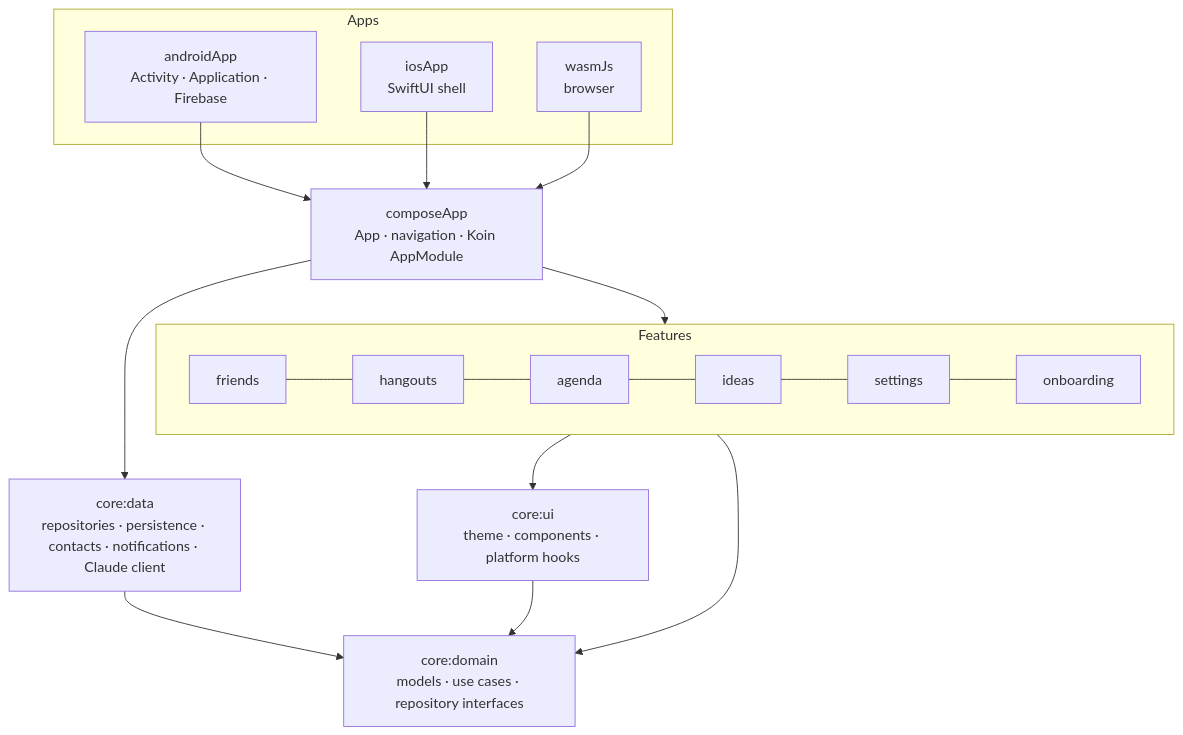
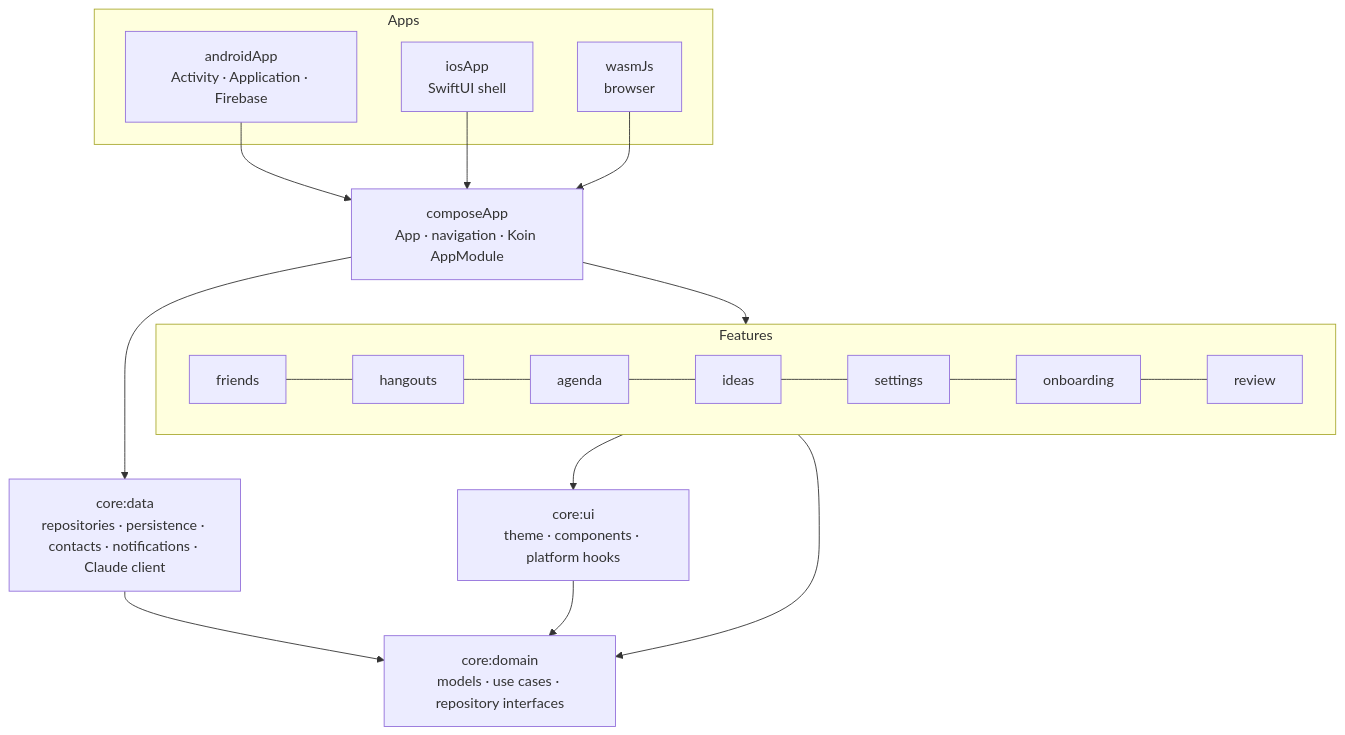
The diagram in README.md (neteinstein/Good-Company), drawn with Mermaid before and after one commit. The commit also changed other lines of this file and 56 other files, not shown here.

````diff
--- a/README.md
+++ b/README.md
@@ -149,24 +172,24 @@
 ```mermaid
 flowchart TB
   subgraph Apps
     A[androidApp<br/>Activity · Application · Firebase]
     I[iosApp<br/>SwiftUI shell]
     W[wasmJs<br/>browser]
   end
   C[composeApp<br/>App · navigation · Koin AppModule]
   subgraph Features
-    F1[friends] --- F2[hangouts] --- F3[agenda] --- F4[ideas] --- F5[settings] --- F6[onboarding]
+    F1[friends] --- F2[hangouts] --- F3[agenda] --- F4[ideas] --- F5[settings] --- F6[onboarding] --- F7[review]
   end
   UI[core:ui<br/>theme · components · platform hooks]
   D[core:data<br/>repositories · persistence · contacts · notifications · Claude client]
   DOM[core:domain<br/>models · use cases · repository interfaces]
   A --> C
   I --> C
   W --> C
   C --> Features
   C --> D
   Features --> UI
   Features --> DOM
   UI --> DOM
   D --> DOM
 ```
````
